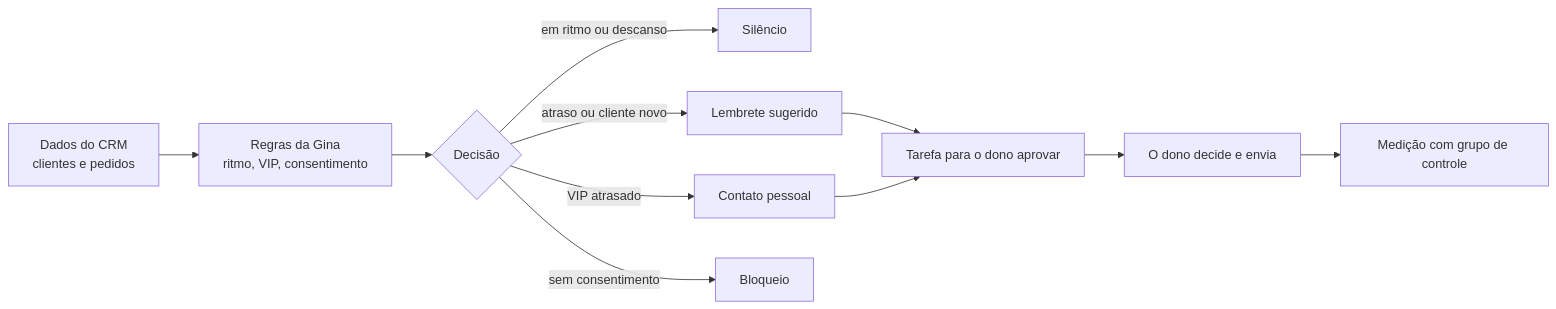
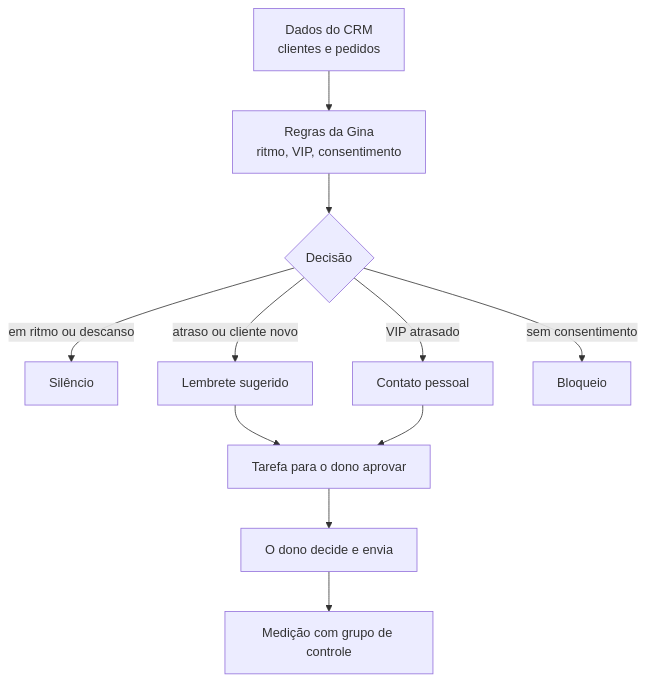
The diagram in README.md (Isaac-Antunes/gina-crm), drawn with Mermaid before and after one commit.

Commit message:
README: fluxograma da arquitetura de valor na vertical
Problema
Na horizontal o fluxograma ficava mais largo que a página do GitHub e
cortava a etapa de medição e o ramo de bloqueio.

O que mudou
Layout do Mermaid de LR para TD.

Como foi testado
Conferido no GitHub (visualização do README na branch).

````diff
--- a/README.md
+++ b/README.md
@@ -39,13 +39,13 @@
 ```mermaid
-flowchart LR
+flowchart TD
     A["Dados do CRM<br/>clientes e pedidos"] --> B["Regras da Gina<br/>ritmo, VIP, consentimento"]
     B --> C{"Decisão"}
     C -->|"em ritmo ou descanso"| D["Silêncio"]
     C -->|"atraso ou cliente novo"| E["Lembrete sugerido"]
     C -->|"VIP atrasado"| F["Contato pessoal"]
     C -->|"sem consentimento"| G["Bloqueio"]
     E --> H["Tarefa para o dono aprovar"]
     F --> H
     H --> I["O dono decide e envia"]
     I --> J["Medição com grupo de controle"]
 ```
````
